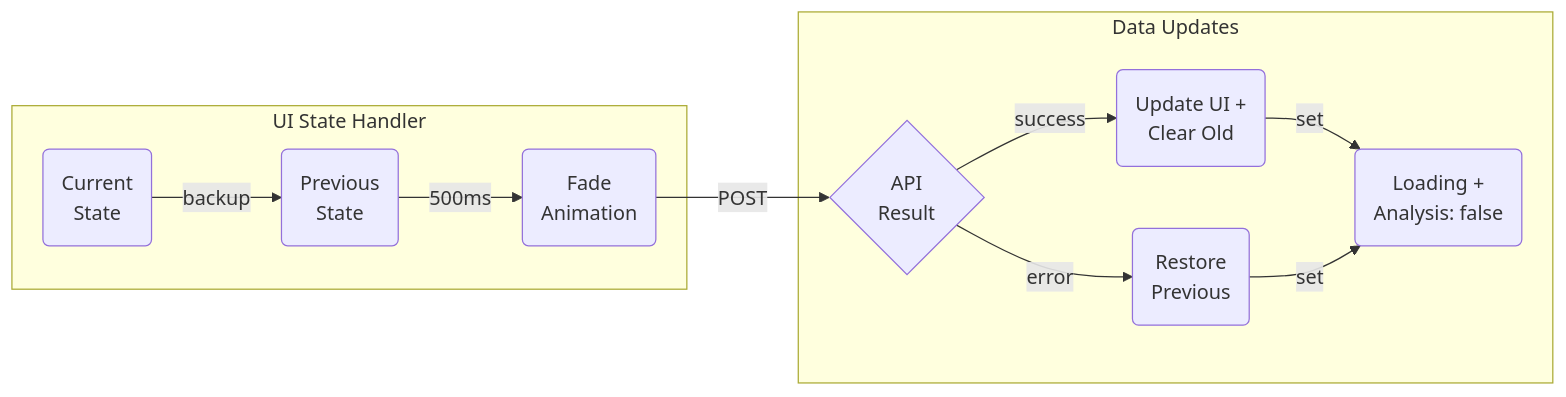
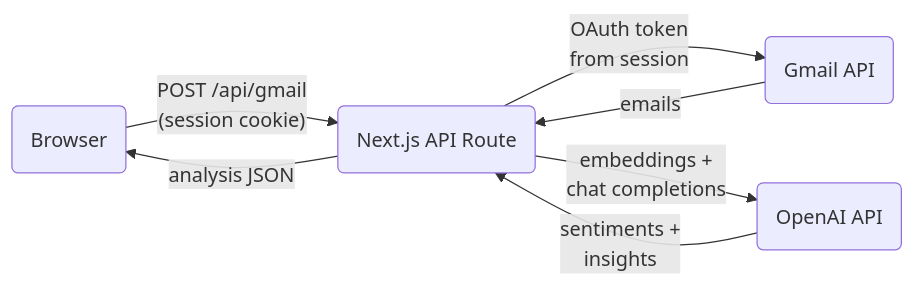
Before and after one commit to amadeuswolfkang/vibecheck: the first of 2 diagrams in README.md, drawn with Mermaid. The commit also changed other lines of this file and 30 other files, not shown here.

````diff
--- a/README.md
+++ b/README.md
@@ -111,15 +7,9 @@
 ```mermaid
 graph LR
-    subgraph "UI State Handler"
-        A("Current<br>State") -->|"backup"| B("Previous<br>State")
-        B -->|"500ms"| C("Fade<br>Animation")
-    end
-    
-    subgraph "Data Updates"
-        C -->|"POST"| D{"API<br>Result"}
-        D -->|"success"| E("Update UI +<br>Clear Old")
-        D -->|"error"| F("Restore<br>Previous")
-        E -->|"set"| G("Loading +<br>Analysis: false")
-        F -->|"set"| G
-    end
+    A("Browser") -->|"POST /api/gmail<br>(session cookie)"| B("Next.js API Route")
+    B -->|"OAuth token<br>from session"| C("Gmail API")
+    C -->|"emails"| B
+    B -->|"embeddings +<br>chat completions"| D("OpenAI API")
+    D -->|"sentiments +<br>insights"| B
+    B -->|"analysis JSON"| A
 ```
````
